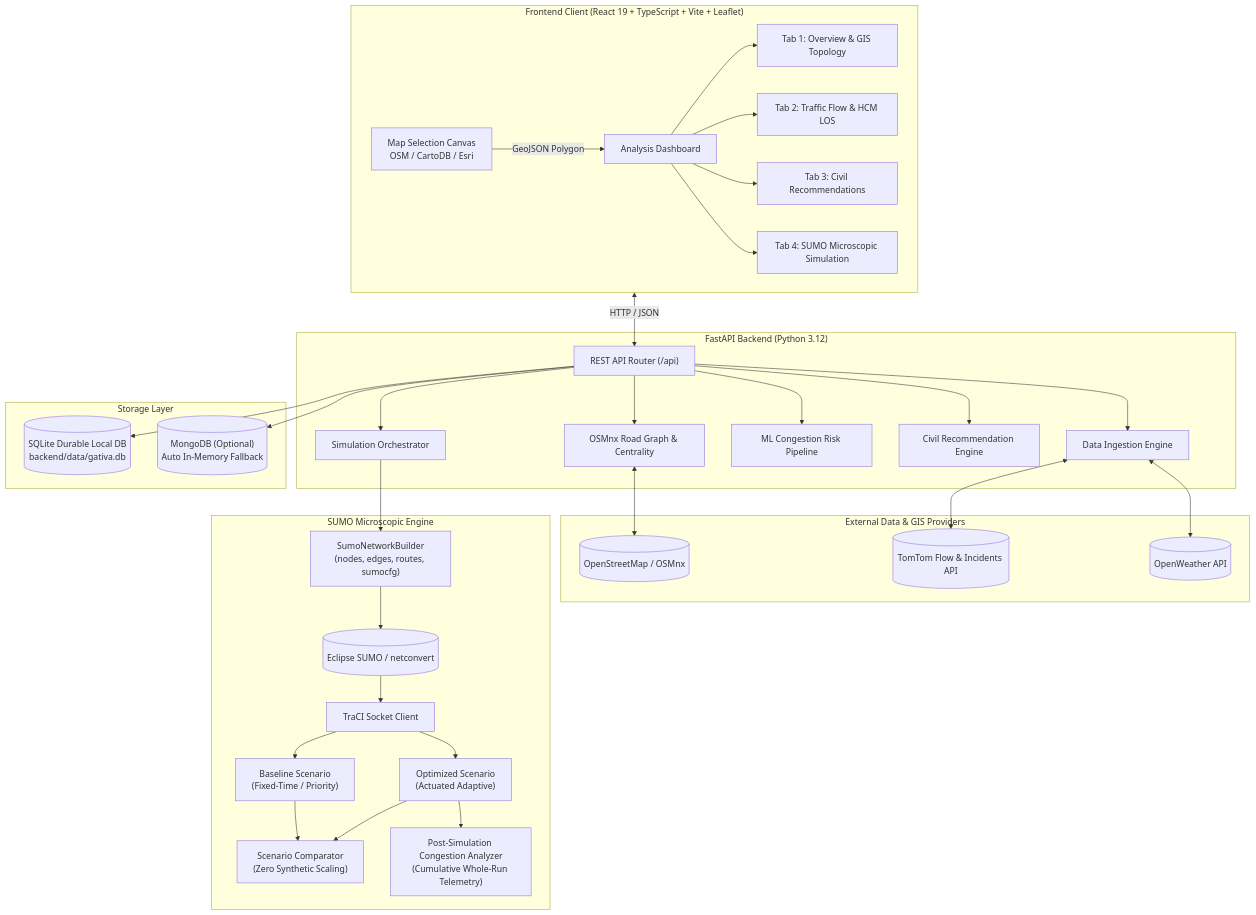
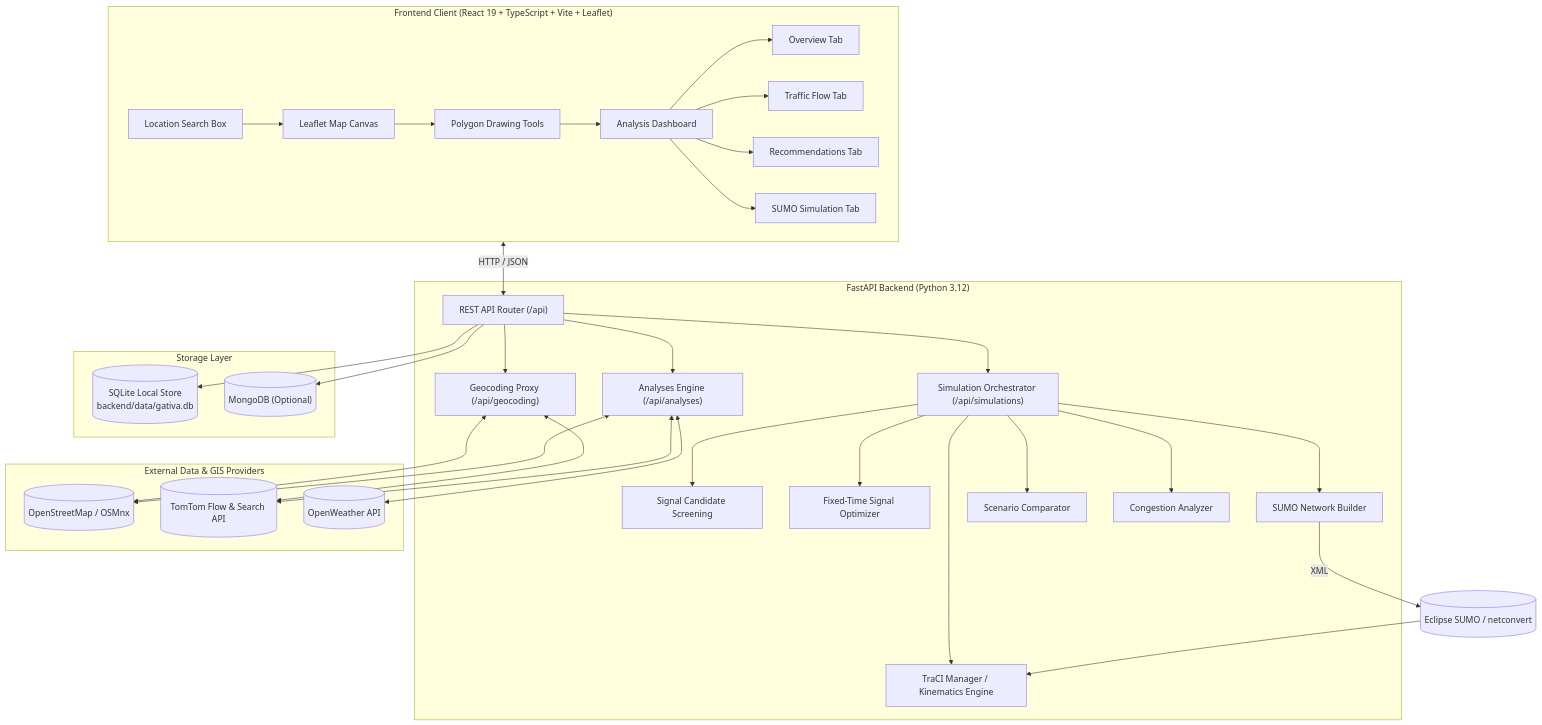
Before and after one commit to Sujalkan07/Gativa: the second of 2 diagrams in README.md, drawn with Mermaid. The commit also changed other lines of this file and 16 other files, not shown here.

````diff
--- a/README.md
+++ b/README.md
@@ -49,50 +177,44 @@
 ```mermaid
 flowchart TD
     subgraph Client["Frontend Client (React 19 + TypeScript + Vite + Leaflet)"]
-        A["Map Selection Canvas<br/>OSM / CartoDB / Esri"] -->|GeoJSON Polygon| B["Analysis Dashboard"]
-        B --> T1["Tab 1: Overview & GIS Topology"]
-        B --> T2["Tab 2: Traffic Flow & HCM LOS"]
-        B --> T3["Tab 3: Civil Recommendations"]
-        B --> T4["Tab 4: SUMO Microscopic Simulation"]
+        Search["Location Search Box"] --> MapCanvas["Leaflet Map Canvas"]
+        MapCanvas --> Draw["Polygon Drawing Tools"]
+        Draw --> Dash["Analysis Dashboard"]
+        Dash --> T1["Overview Tab"]
+        Dash --> T2["Traffic Flow Tab"]
+        Dash --> T3["Recommendations Tab"]
+        Dash --> T4["SUMO Simulation Tab"]
     end
 
-    subgraph Server["FastAPI Backend (Python 3.12)"]
+    subgraph Backend["FastAPI Backend (Python 3.12)"]
         API["REST API Router (/api)"]
-        API --> Ingestion["Data Ingestion Engine"]
-        API --> Geo["OSMnx Road Graph & Centrality"]
-        API --> ML["ML Congestion Risk Pipeline"]
-        API --> RecEngine["Civil Recommendation Engine"]
-        API --> SimService["Simulation Orchestrator"]
+        API --> Geocode["Geocoding Proxy (/api/geocoding)"]
+        API --> Analyses["Analyses Engine (/api/analyses)"]
+        API --> SimService["Simulation Orchestrator (/api/simulations)"]
+        
+        SimService --> Screening["Signal Candidate Screening"]
+        SimService --> Optimizer["Fixed-Time Signal Optimizer"]
+        SimService --> Builder["SUMO Network Builder"]
+        SimService --> Session["TraCI Manager / Kinematics Engine"]
+        SimService --> Comparator["Scenario Comparator"]
+        SimService --> Congestion["Congestion Analyzer"]
     end
 
     subgraph DataSources["External Data & GIS Providers"]
         OSM[("OpenStreetMap / OSMnx")]
-        TT[("TomTom Flow & Incidents API")]
+        TT[("TomTom Flow & Search API")]
         OW[("OpenWeather API")]
     end
 
-    subgraph SimulationSubsystem["SUMO Microscopic Engine"]
-        NetBuilder["SumoNetworkBuilder<br/>(nodes, edges, routes, sumocfg)"]
-        TraCI["TraCI Socket Client"]
-        SUMO_Bin[("Eclipse SUMO / netconvert")]
-        OptSim["Optimized Scenario<br/>(Actuated Adaptive)"]
-        BaseSim["Baseline Scenario<br/>(Fixed-Time / Priority)"]
-        Comparator["Scenario Comparator<br/>(Zero Synthetic Scaling)"]
-        CongestionModule["Post-Simulation Congestion Analyzer<br/>(Cumulative Whole-Run Telemetry)"]
+    subgraph Persistence["Storage Layer"]
+        SQLite[("SQLite Local Store<br/>backend/data/gativa.db")]
+        Mongo[("MongoDB (Optional)")]
     end
 
-    subgraph Persistence["Storage Layer"]
-        SQLite[("SQLite Durable Local DB<br/>backend/data/gativa.db")]
-        Mongo[("MongoDB (Optional)<br/>Auto In-Memory Fallback")]
-    end
-
-    Ingestion <--> TT
-    Ingestion <--> OW
-    Geo <--> OSM
+    Geocode <--> TT & OSM
+    Analyses <--> OSM & TT & OW
     Client <-->|HTTP / JSON| API
-    SimService --> NetBuilder --> SUMO_Bin --> TraCI
-    TraCI --> OptSim & BaseSim
-    OptSim & BaseSim --> Comparator
-    OptSim --> CongestionModule
+    Builder -->|XML| SUMOBin[("Eclipse SUMO / netconvert")]
+    SUMOBin --> Session
     API --> SQLite & Mongo
 ```
````
